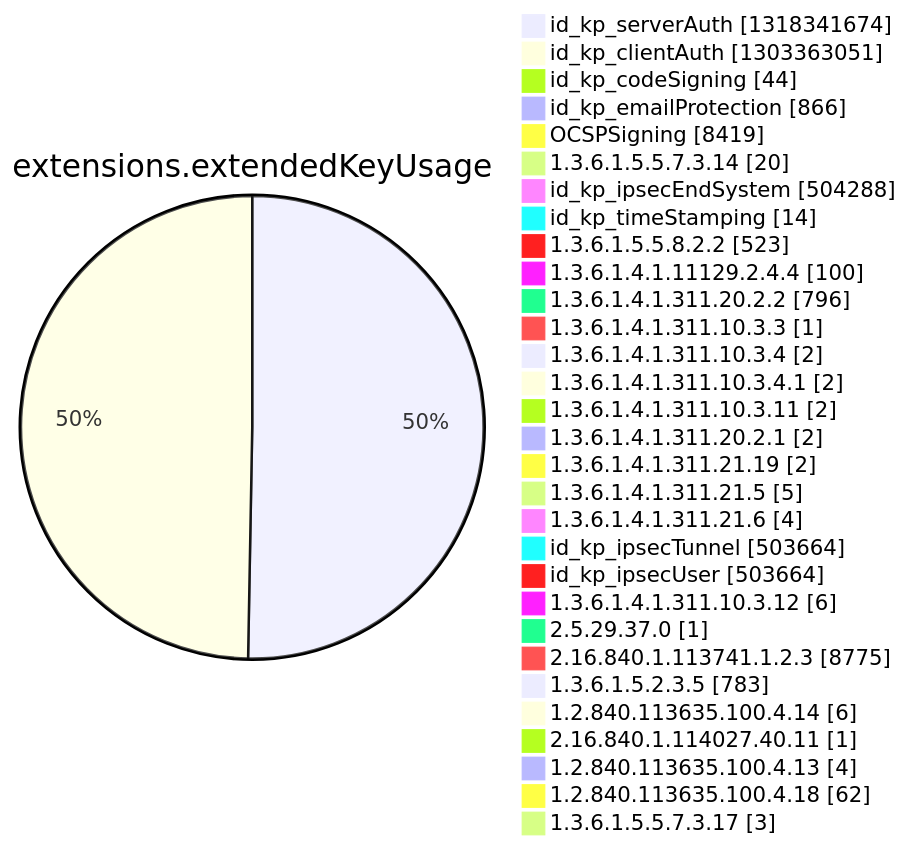
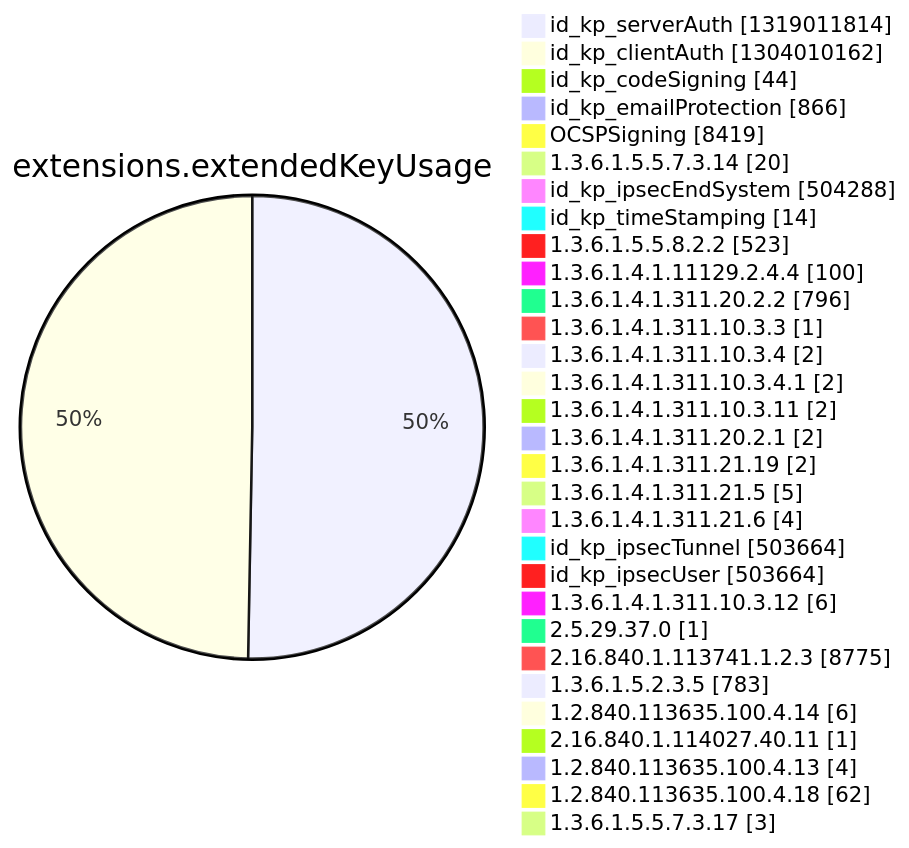
Diagram 12 of 15 in argon2022/README.md (christiankrug/ctmonitor_visualization), drawn with Mermaid before and after one commit. The commit also changed other lines of this file, not shown here.

````diff
--- a/argon2022/README.md
+++ b/argon2022/README.md
@@ -3552,34 +3552,34 @@
 ```mermaid
 pie showData
 title extensions.extendedKeyUsage
-"id_kp_serverAuth" :1318341674
-"id_kp_clientAuth" :1303363051
+"id_kp_serverAuth" :1319011814
+"id_kp_clientAuth" :1304010162
 "id_kp_codeSigning" :44
 "id_kp_emailProtection" :866
 "OCSPSigning" :8419
 "1.3.6.1.5.5.7.3.14" :20
 "id_kp_ipsecEndSystem" :504288
 "id_kp_timeStamping" :14
 "1.3.6.1.5.5.8.2.2" :523
 "1.3.6.1.4.1.11129.2.4.4" :100
 "1.3.6.1.4.1.311.20.2.2" :796
 "1.3.6.1.4.1.311.10.3.3" :1
 "1.3.6.1.4.1.311.10.3.4" :2
 "1.3.6.1.4.1.311.10.3.4.1" :2
 "1.3.6.1.4.1.311.10.3.11" :2
 "1.3.6.1.4.1.311.20.2.1" :2
 "1.3.6.1.4.1.311.21.19" :2
 "1.3.6.1.4.1.311.21.5" :5
 "1.3.6.1.4.1.311.21.6" :4
 "id_kp_ipsecTunnel" :503664
 "id_kp_ipsecUser" :503664
 "1.3.6.1.4.1.311.10.3.12" :6
 "2.5.29.37.0" :1
 "2.16.840.1.113741.1.2.3" :8775
 "1.3.6.1.5.2.3.5" :783
 "1.2.840.113635.100.4.14" :6
 "2.16.840.1.114027.40.11" :1
 "1.2.840.113635.100.4.13" :4
 "1.2.840.113635.100.4.18" :62
 "1.3.6.1.5.5.7.3.17" :3
 ```
````
